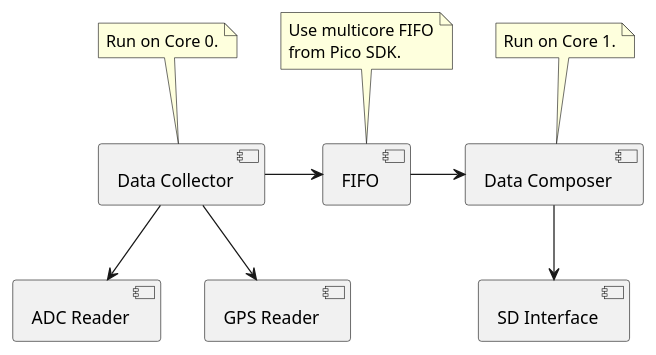
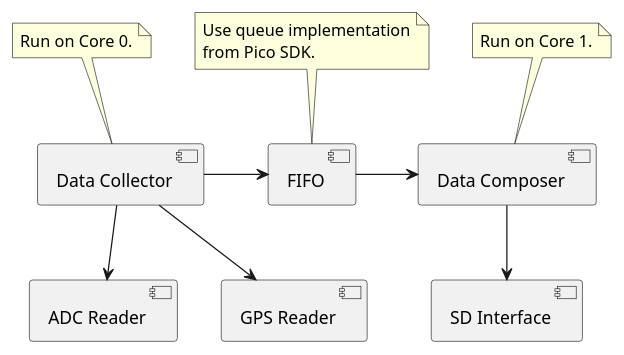
One commit to n0ll4k/bahama-mama-telemetry changed the diagram in docs/design/bmt_components.plantuml. Above: the diagram before and after it, drawn with PlantUML.

Commit message:
Usage of SDK queue instead of multicore FIFO.

```diff
--- a/docs/design/bmt_components.plantuml
+++ b/docs/design/bmt_components.plantuml
@@ -1,31 +1,31 @@
 @startuml Bahama Mama Telemetry Components
 
 [Data Collector] as collector
 [Data Composer] as composer
 [FIFO] as fifo
 [SD Interface] as sd
 [ADC Reader] as adc
 [GPS Reader] as gps
 
 note top of fifo
-    Use multicore FIFO
+    Use queue implementation
     from Pico SDK.
 end note
 
 note top of collector
     Run on Core 0.
 end note
 
 note top of composer
     Run on Core 1.
 end note
 
 collector -> fifo
 fifo -> composer
 
 collector -d-> adc
 collector -d-> gps
 
 composer -d-> sd
 
 @enduml
```
